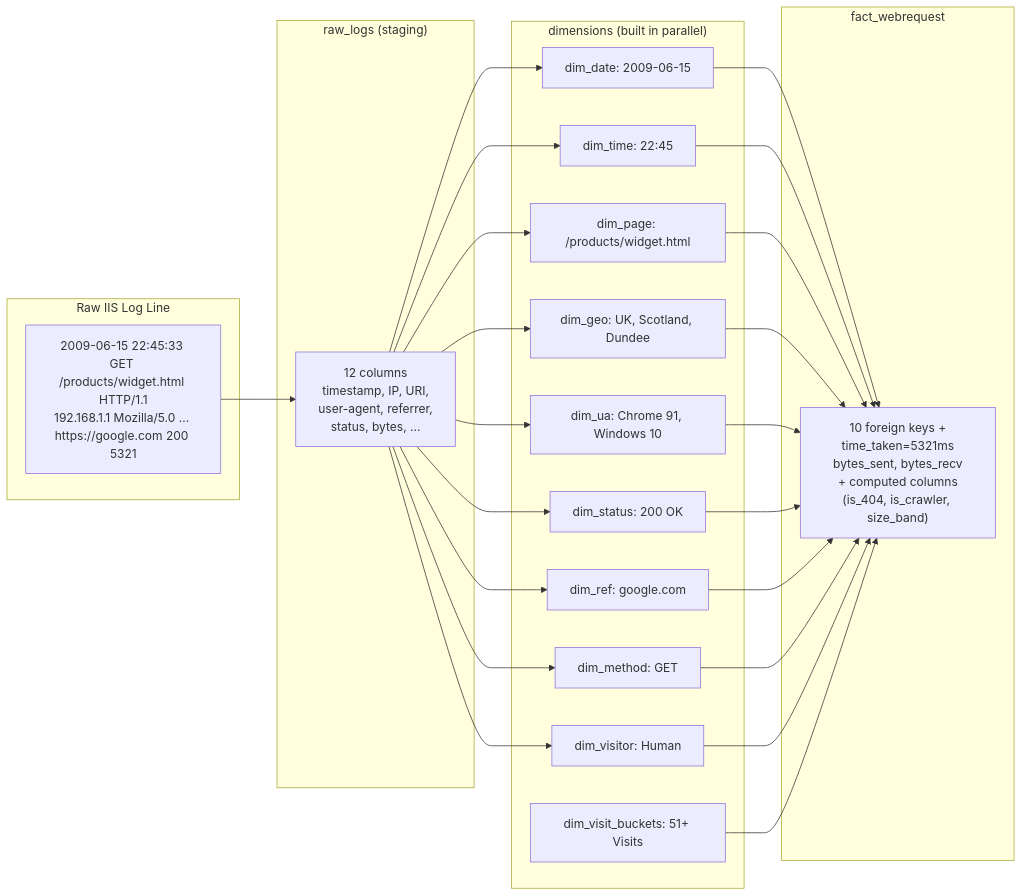
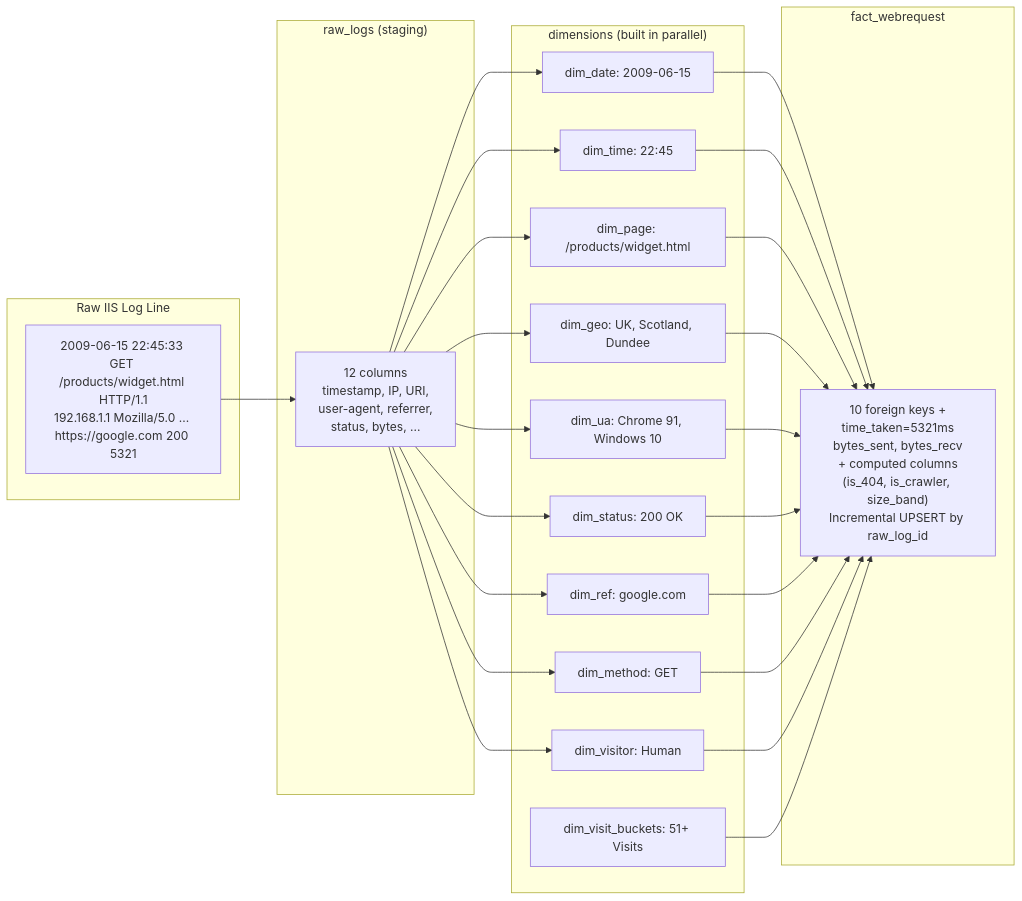
Before and after one commit to AhmedIkram05/w3c-etl-pipeline: the sixth of 10 diagrams in README.md, drawn with Mermaid. The commit also changed other lines of this file, not shown here.

````diff
--- a/README.md
+++ b/README.md
@@ -300,48 +333,48 @@
 ```mermaid
 flowchart LR
     subgraph logline["Raw IIS Log Line"]
         line["2009-06-15 22:45:33 GET /products/widget.html HTTP/1.1<br/>192.168.1.1 Mozilla/5.0 ... https://google.com 200 5321"]
     end
     
     subgraph raw["raw_logs (staging)"]
         raw_row["12 columns<br/>timestamp, IP, URI,<br/>user-agent, referrer,<br/>status, bytes, ..."]
     end
     
     subgraph dims["dimensions (built in parallel)"]
         d1["dim_date: 2009-06-15"]
         d2["dim_time: 22:45"]
         d3["dim_page: /products/widget.html"]
         d4["dim_geo: UK, Scotland, Dundee"]
         d5["dim_ua: Chrome 91, Windows 10"]
         d6["dim_status: 200 OK"]
         d7["dim_ref: google.com"]
         d8["dim_method: GET"]
         d9["dim_visitor: Human"]
         d10["dim_visit_buckets: 51+ Visits"]
     end
     
     subgraph fact["fact_webrequest"]
-        fact_row["10 foreign keys +<br/>time_taken=5321ms<br/>bytes_sent, bytes_recv<br/>+ computed columns<br/>(is_404, is_crawler, size_band)"]
+        fact_row["10 foreign keys +<br/>time_taken=5321ms<br/>bytes_sent, bytes_recv<br/>+ computed columns<br/>(is_404, is_crawler, size_band)<br/>Incremental UPSERT by raw_log_id"]
     end
 
     line --> raw_row
     raw_row --> d1
     raw_row --> d2
     raw_row --> d3
     raw_row --> d4
     raw_row --> d5
     raw_row --> d6
     raw_row --> d7
     raw_row --> d8
     raw_row --> d9
     d1 --> fact_row
     d2 --> fact_row
     d3 --> fact_row
     d4 --> fact_row
     d5 --> fact_row
     d6 --> fact_row
     d7 --> fact_row
     d8 --> fact_row
     d9 --> fact_row
     d10 --> fact_row
 ```
````
